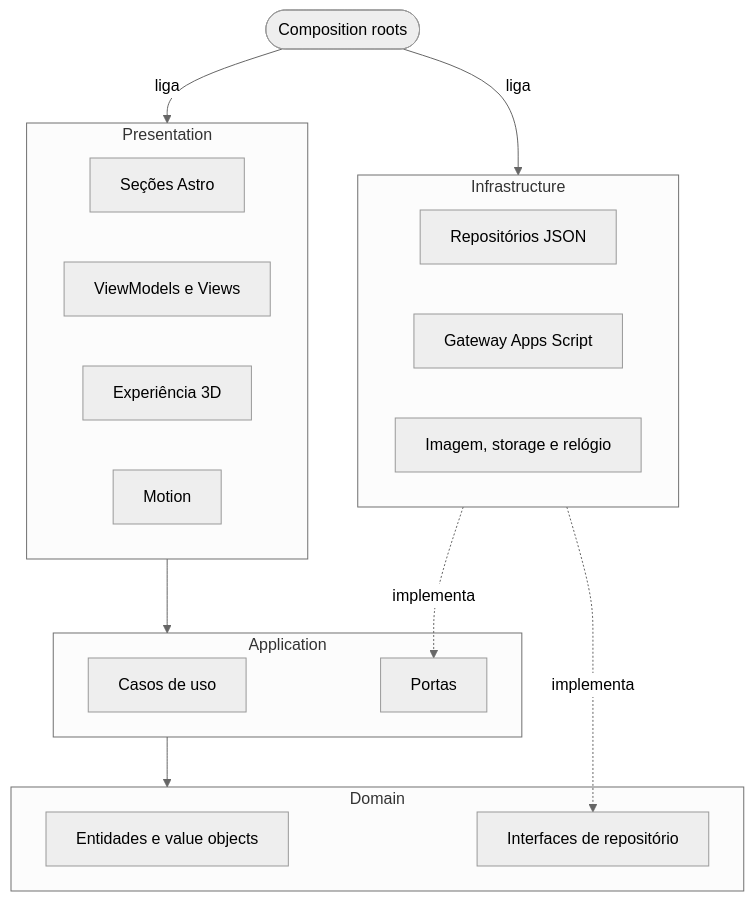
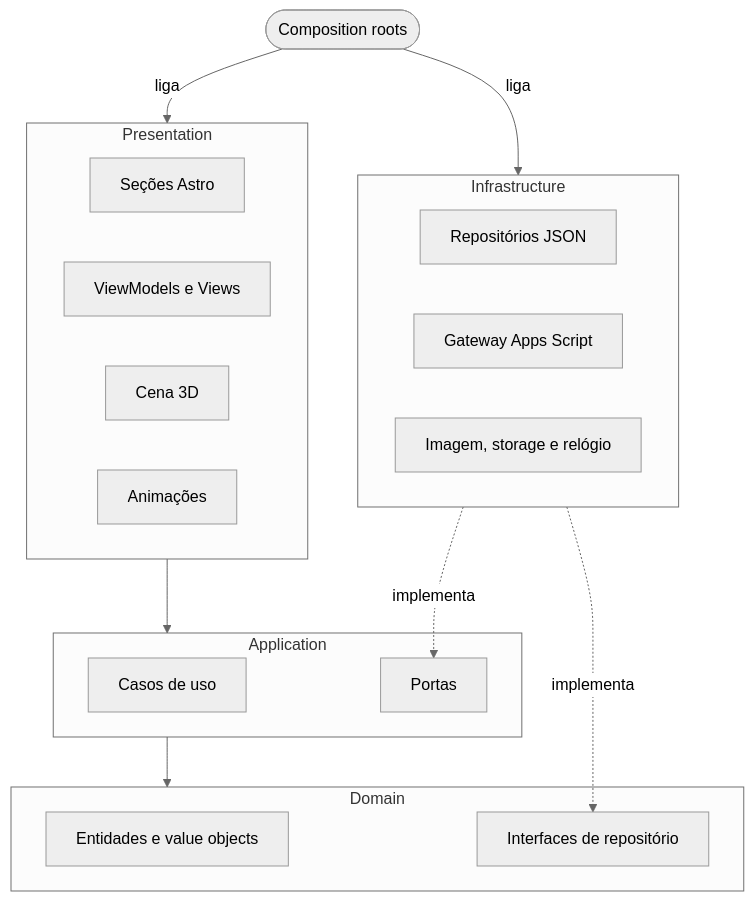
One commit to Marcos-Codfy/lp-hackarun changed the first of 2 diagrams in README.md. Above: the diagram before and after it, drawn with Mermaid (neutral theme). The commit also changed other lines of this file and 47 other files, not shown here.

````diff
--- a/README.md
+++ b/README.md
@@ -140,30 +119,30 @@
 ```mermaid
 flowchart TB
   subgraph PRES["Presentation"]
     SEC["Seções Astro"]
     MVVM["ViewModels e Views"]
-    XP["Experiência 3D"]
-    MOT["Motion"]
+    XP["Cena 3D"]
+    MOT["Animações"]
   end
   subgraph APP["Application"]
     UC["Casos de uso"]
     PORTS["Portas"]
   end
   subgraph DOM["Domain"]
     ENT["Entidades e value objects"]
     REPO["Interfaces de repositório"]
   end
   subgraph INFRA["Infrastructure"]
     JSON["Repositórios JSON"]
     GAS["Gateway Apps Script"]
     ADP["Imagem, storage e relógio"]
   end
   COMP(["Composition roots"])
 
   COMP -- liga --> PRES
   COMP -- liga --> INFRA
   PRES --> APP
   APP --> DOM
   INFRA -. implementa .-> PORTS
   INFRA -. implementa .-> REPO
 ```
````
